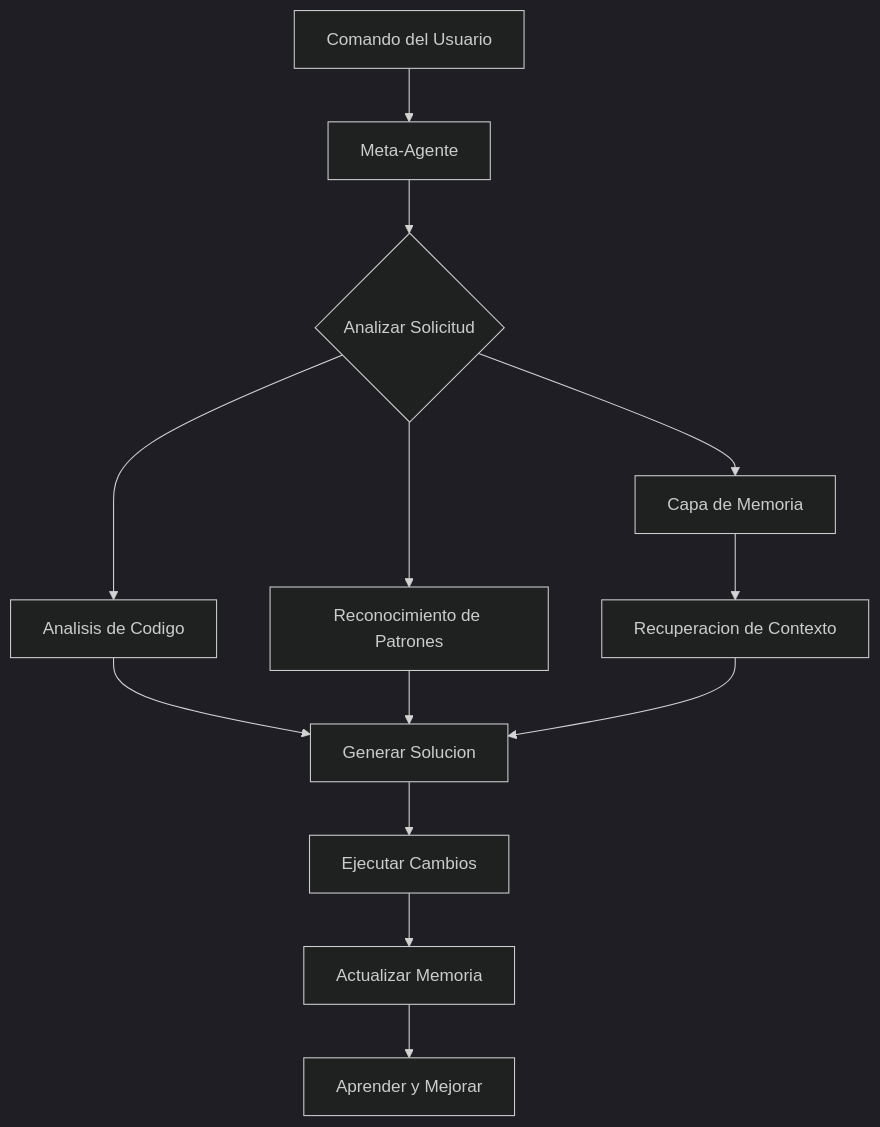
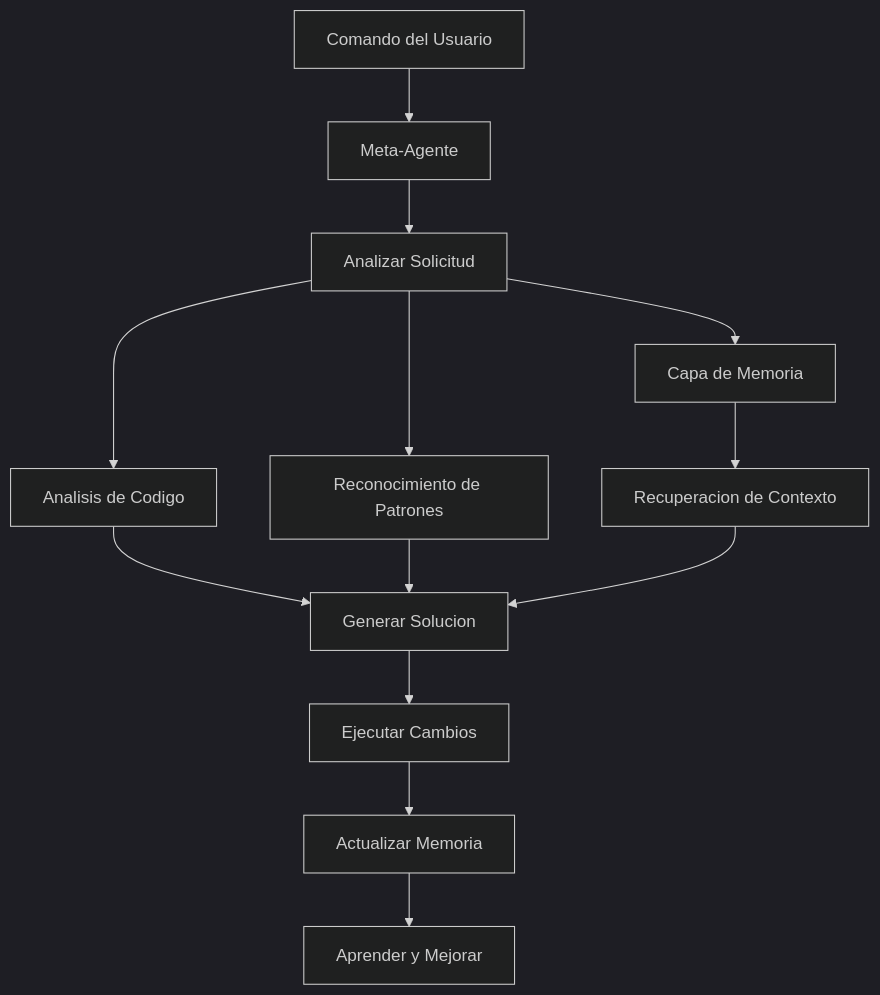
Before and after one commit to bychrisr/aios-docs: the diagram in content/es/docs/getting-started.mdx, drawn with Mermaid (dark theme). The commit also changed 40 other files, not shown here.

````diff
--- a/content/es/docs/getting-started.mdx
+++ b/content/es/docs/getting-started.mdx
@@ -147,15 +147,15 @@
 ```mermaid
 graph TD
     A[Comando del Usuario] --> B[Meta-Agente]
-    B --> C{Analizar Solicitud}
+    B --> C[Analizar Solicitud]
     C --> D[Capa de Memoria]
     C --> E[Analisis de Codigo]
     C --> F[Reconocimiento de Patrones]
     D --> G[Recuperacion de Contexto]
     E --> H[Generar Solucion]
     F --> H
     G --> H
     H --> I[Ejecutar Cambios]
     I --> J[Actualizar Memoria]
     J --> K[Aprender y Mejorar]
 ```
````
